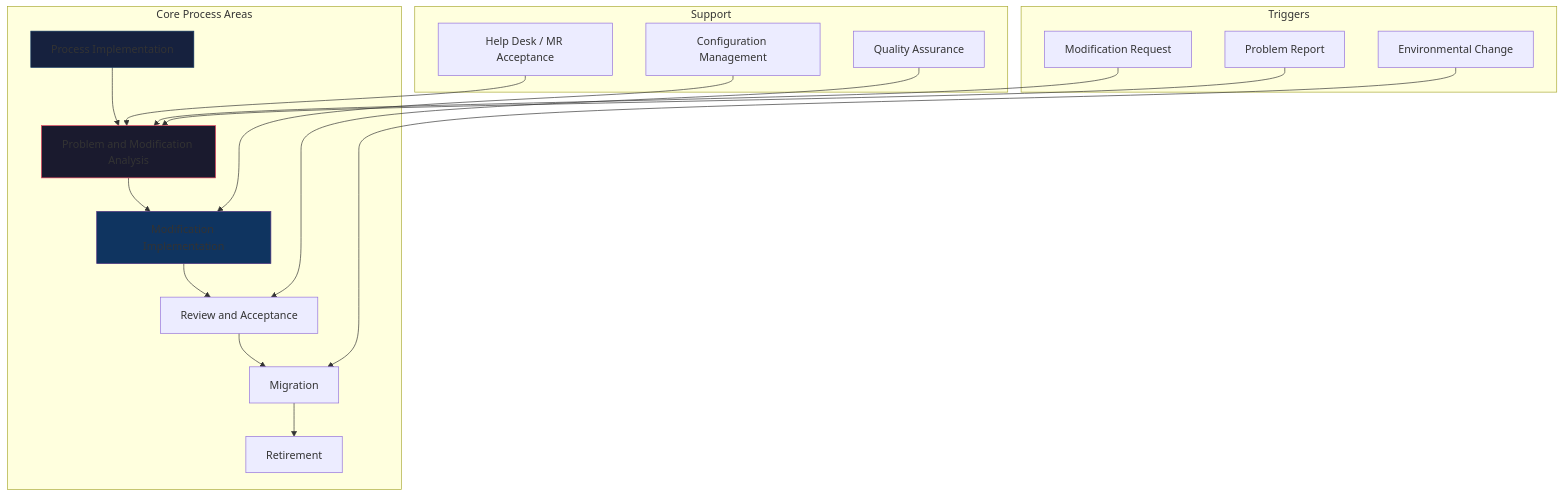
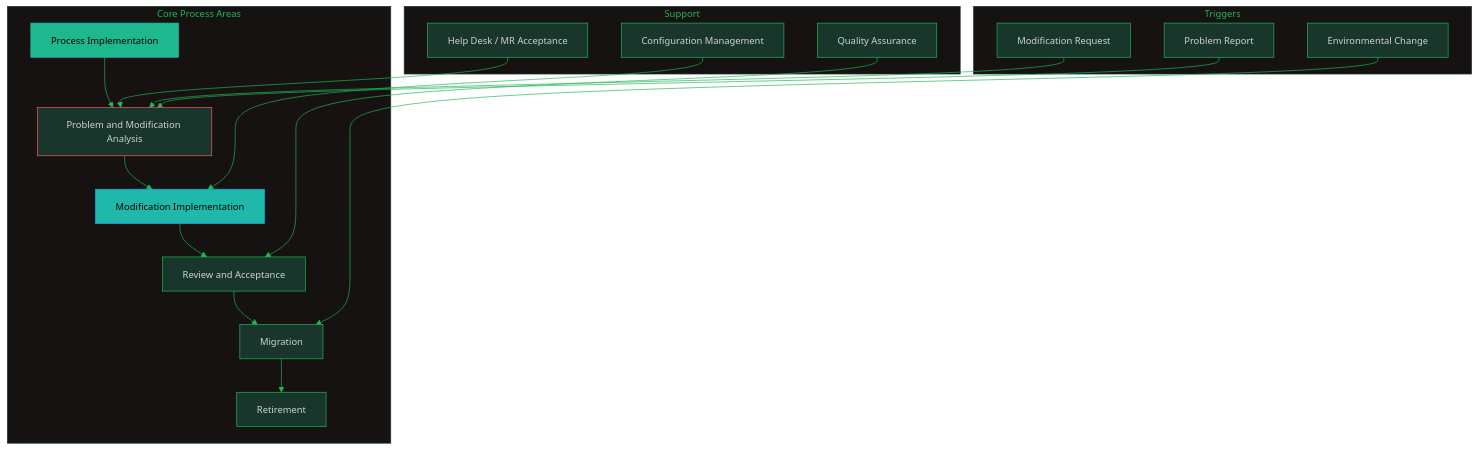
Before and after one commit to oat431/swe-knowledge: the first of 8 diagrams in software-engineering-note/07_Software_Maintenance/08_Maintenance_Processes_and_Staffing.md, drawn with Mermaid. The commit also changed other lines of this file and 10 other files, not shown here.

````diff
--- a/software-engineering-note/07_Software_Maintenance/08_Maintenance_Processes_and_Staffing.md
+++ b/software-engineering-note/07_Software_Maintenance/08_Maintenance_Processes_and_Staffing.md
@@ -27,26 +27,27 @@
 ```mermaid
+%%{init: {'theme':'base','themeVariables':{'primaryColor':'#19362D','primaryTextColor':'#CDD3D1','primaryBorderColor':'#1FB854','lineColor':'#1FB854','secondaryColor':'#161212','tertiaryColor':'#1B1717','background':'#1B1717','mainBkg':'#19362D','nodeBorder':'#1FB854','clusterBkg':'#161212','clusterBorder':'#19362D','titleColor':'#1FB854','edgeLabelBackground':'#161212','fontSize':'14px'}}}%%
 flowchart TD
     subgraph Core Process Areas
         P[Process Implementation] --> PA[Problem and Modification Analysis]
         PA --> M[Modification Implementation]
         M --> R[Review and Acceptance]
         R --> D[Migration]
         D --> RET[Retirement]
     end
     
     subgraph Support
         HELP[Help Desk / MR Acceptance] --> PA
         CONF[Configuration Management] --> M
         QA[Quality Assurance] --> R
     end
     
     subgraph Triggers
         MR[Modification Request] --> PA
         PR[Problem Report] --> PA
         ENV[Environmental Change] --> D
     end
     
-    style P fill:#16213e,stroke:#0f3460
-    style PA fill:#1a1a2e,stroke:#e94560
-    style M fill:#0f3460,stroke:#533483
+    style P fill:#1EB88E,stroke:#1FB8AB,color:#000000
+    style PA fill:#19362D,stroke:#FF5861,color:#CDD3D1
+    style M fill:#1FB8AB,stroke:#00B5FF,color:#000000
 ```
````
